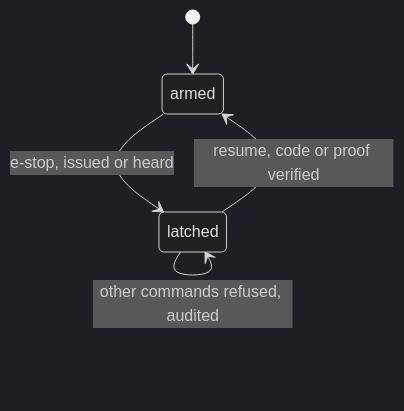
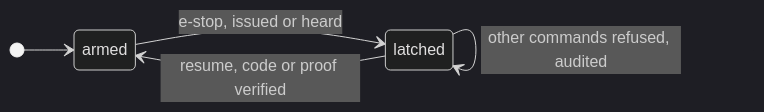
One commit to cagataycali/robots changed the second of 2 diagrams in docs/learn/mesh/safety-and-estop.md. Above: the diagram before and after it, drawn with Mermaid (dark theme). The commit also changed 3 other files, not shown here.

First line of the commit message:
docs(site): mermaid edge labels sit on the page, not on their wire

````diff
--- a/docs/learn/mesh/safety-and-estop.md
+++ b/docs/learn/mesh/safety-and-estop.md
@@ -52,8 +52,9 @@
 ```mermaid
 stateDiagram-v2
+    direction LR
     [*] --> armed
     armed --> latched: e-stop, issued or heard
     latched --> latched: other commands refused, audited
     latched --> armed: resume, code or proof verified
     latched:::accent
 ```
````
